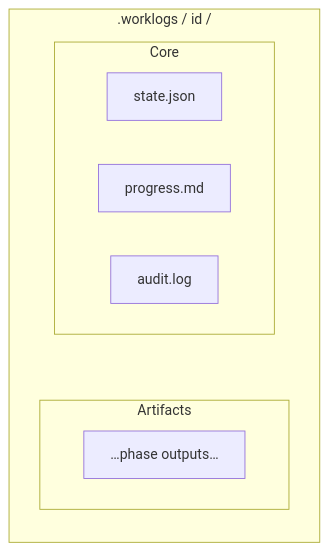
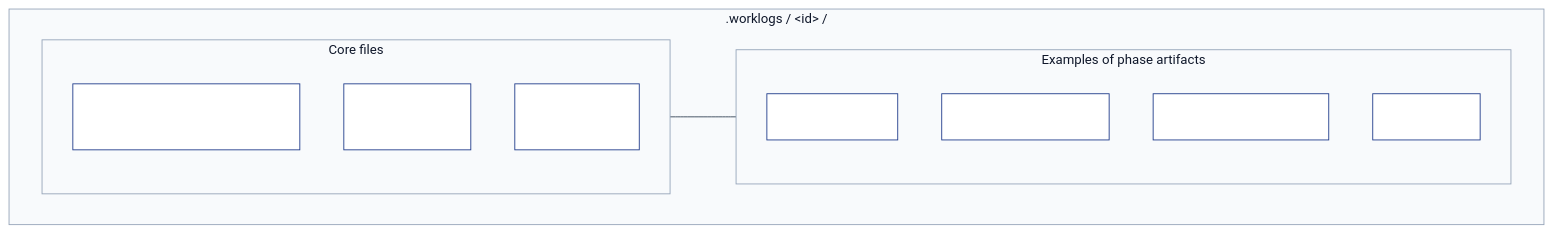
One commit to surajSFDC/agentic-swe changed the second of 3 diagrams in README.md. Above: the diagram before and after it, drawn with Mermaid. The commit also changed other lines of this file and 3 other files, not shown here.

First line of the commit message:
Drop README image assets; sharpen Mermaid styling

````diff
--- a/README.md
+++ b/README.md
@@ -136,16 +138,22 @@
 ```mermaid
-flowchart LR
-    subgraph wl[".worklogs / id /"]
-        direction TB
-        subgraph core["Core"]
-            s["state.json"]
-            p["progress.md"]
-            a["audit.log"]
+%%{init: {'theme': 'base', 'themeVariables': {'fontFamily': 'system-ui, Segoe UI, Roboto, Helvetica, Arial, sans-serif', 'fontSize': '15px', 'primaryColor': '#1d4ed8', 'primaryTextColor': '#ffffff', 'primaryBorderColor': '#1e3a8a', 'secondaryColor': '#f1f5f9', 'secondaryTextColor': '#0f172a', 'secondaryBorderColor': '#64748b', 'lineColor': '#334155', 'textColor': '#0f172a', 'mainBkg': '#ffffff', 'clusterBkg': '#f8fafc', 'clusterBorder': '#94a3b8', 'titleColor': '#0f172a', 'edgeLabelBackground': '#ffffff'}}}%%
+flowchart TB
+    subgraph wl[".worklogs / &lt;id&gt; /"]
+        direction LR
+        subgraph core["Core files"]
+            direction TB
+            s["state.json<br/>current_state · track · budgets"]
+            p["progress.md<br/>timeline"]
+            a["audit.log<br/>append-only"]
         end
-        subgraph art["Artifacts"]
-            direction LR
-            x["…phase outputs…"]
+        subgraph art["Examples of phase artifacts"]
+            direction TB
+            f1["feasibility.md"]
+            f2["implementation.md"]
+            f3["validation-results.md"]
+            f4["pr-link.txt"]
         end
-        core ~~~ art
     end
+
+    core --- art
 ```
````
